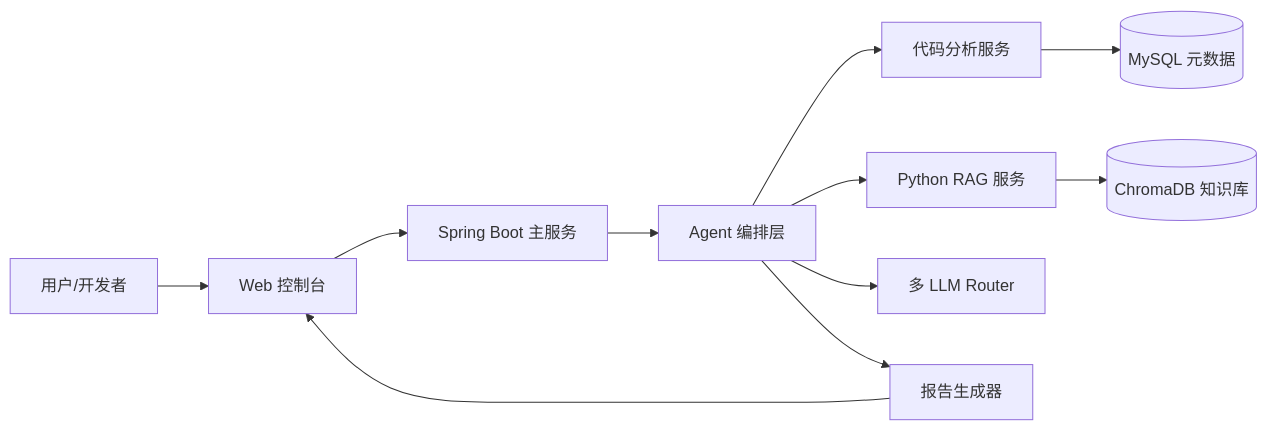
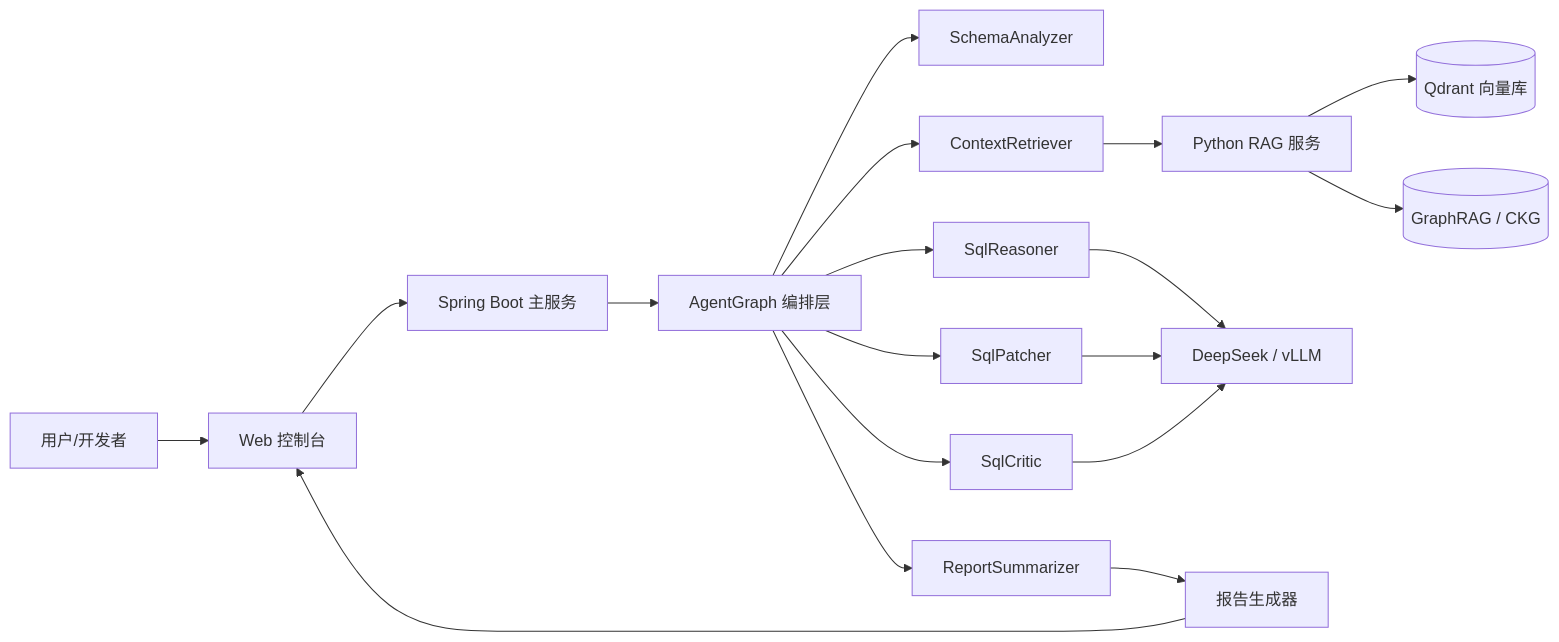
Before and after one commit to anothersunset/zhixianyunshu: the diagram in zhiqian/docs/architecture.md, drawn with Mermaid. The commit also changed other lines of this file and 9 other files, not shown here.

First line of the commit message:
docs: normalize ZhiQian six-agent architecture (#1)

````diff
--- a/zhiqian/docs/architecture.md
+++ b/zhiqian/docs/architecture.md
@@ -5,13 +5,20 @@
 ```mermaid
 flowchart LR
     U[用户/开发者] --> FE[Web 控制台]
     FE --> GW[Spring Boot 主服务]
-    GW --> AG[Agent 编排层]
-    AG --> CA[代码分析服务]
-    AG --> RAG[Python RAG 服务]
-    AG --> LLM[多 LLM Router]
-    RAG --> KB[(ChromaDB 知识库)]
-    CA --> META[(MySQL 元数据)]
-    AG --> REP[报告生成器]
+    GW --> AG[AgentGraph 编排层]
+    AG --> SA[SchemaAnalyzer]
+    AG --> CR[ContextRetriever]
+    AG --> SR[SqlReasoner]
+    AG --> SP[SqlPatcher]
+    AG --> SC[SqlCritic]
+    AG --> RS[ReportSummarizer]
+    CR --> RAG[Python RAG 服务]
+    SR --> LLM[DeepSeek / vLLM]
+    SP --> LLM
+    SC --> LLM
+    RAG --> KB[(Qdrant 向量库)]
+    RAG --> CKG[(GraphRAG / CKG)]
+    RS --> REP[报告生成器]
     REP --> FE
 ```
````
